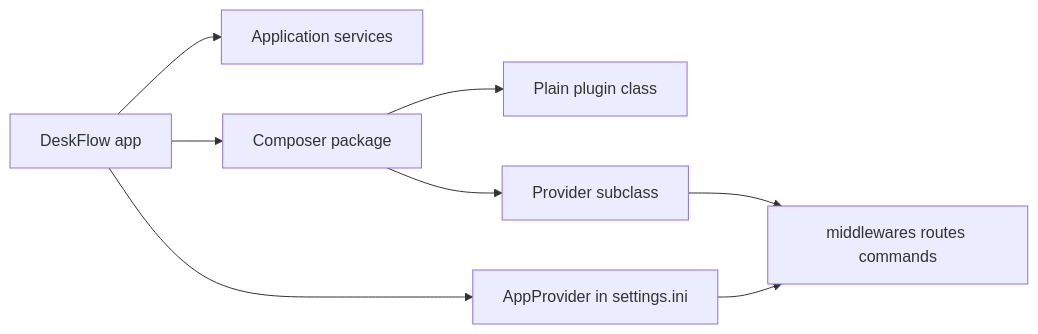
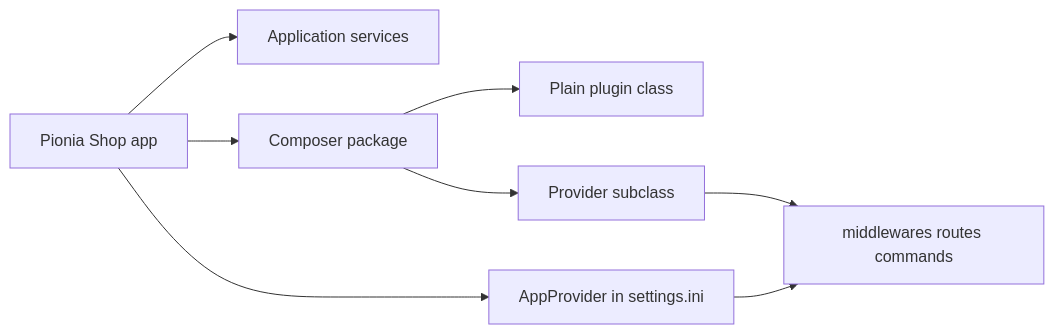
One commit to PioniaPHP-project/pionia-docs changed the diagram in content/docs/documentation/extending/_index.md. Above: the diagram before and after it, drawn with Mermaid. The commit also changed other lines of this file and 268 other files, not shown here.

```diff
--- a/content/docs/documentation/extending/_index.md
+++ b/content/docs/documentation/extending/_index.md
@@ -43,10 +43,10 @@
 {{< mermaid >}}
 flowchart LR
-  App[DeskFlow app] --> Code[Application services]
+  App[Pionia Shop app] --> Code[Application services]
   App --> Pkg[Composer package]
   Pkg --> Plugin[Plain plugin class]
   Pkg --> Prov[Provider subclass]
   Prov --> Boot[middlewares routes commands]
   App --> AP[AppProvider in settings.ini]
   AP --> Boot
 {{< /mermaid >}}
```
